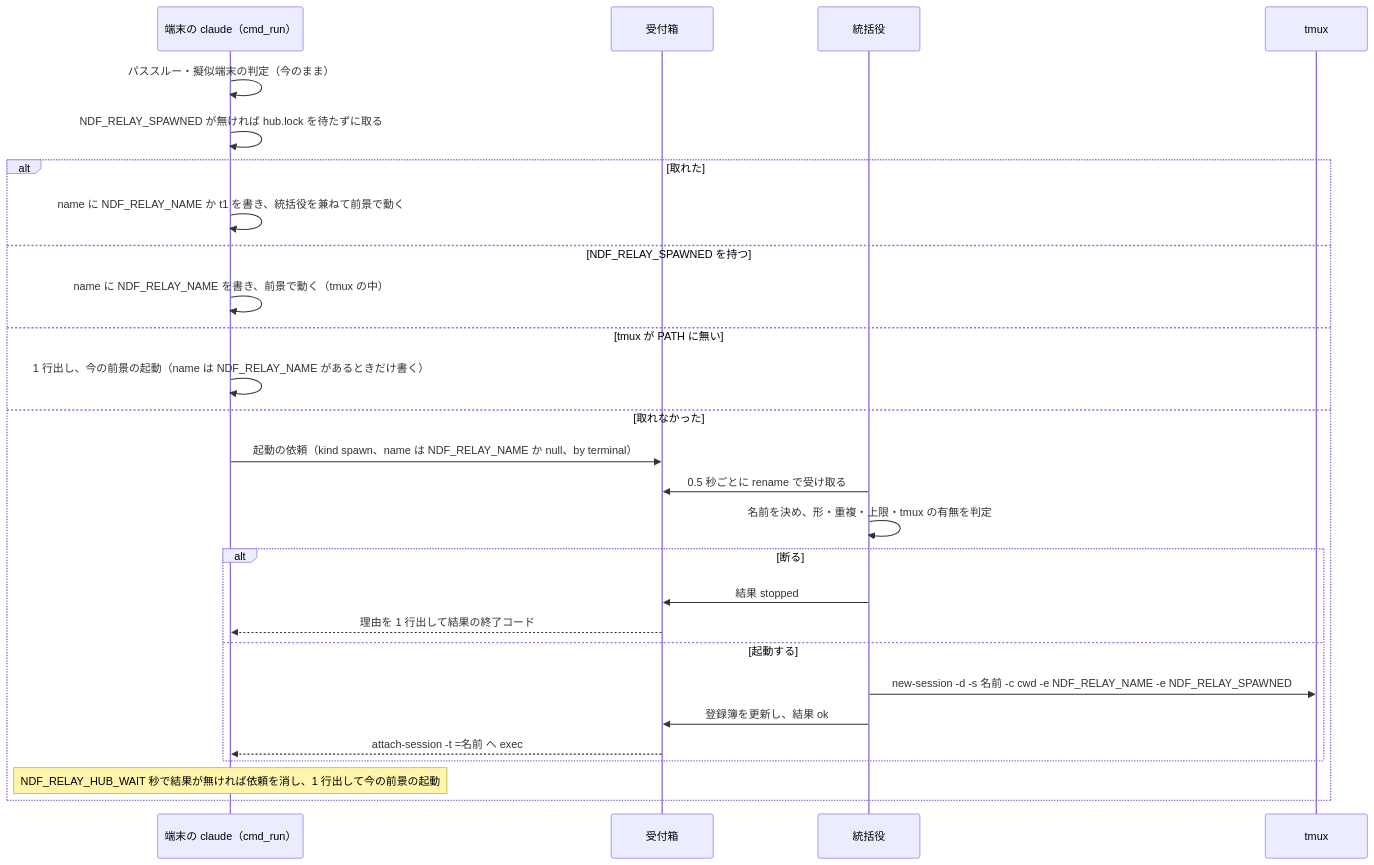
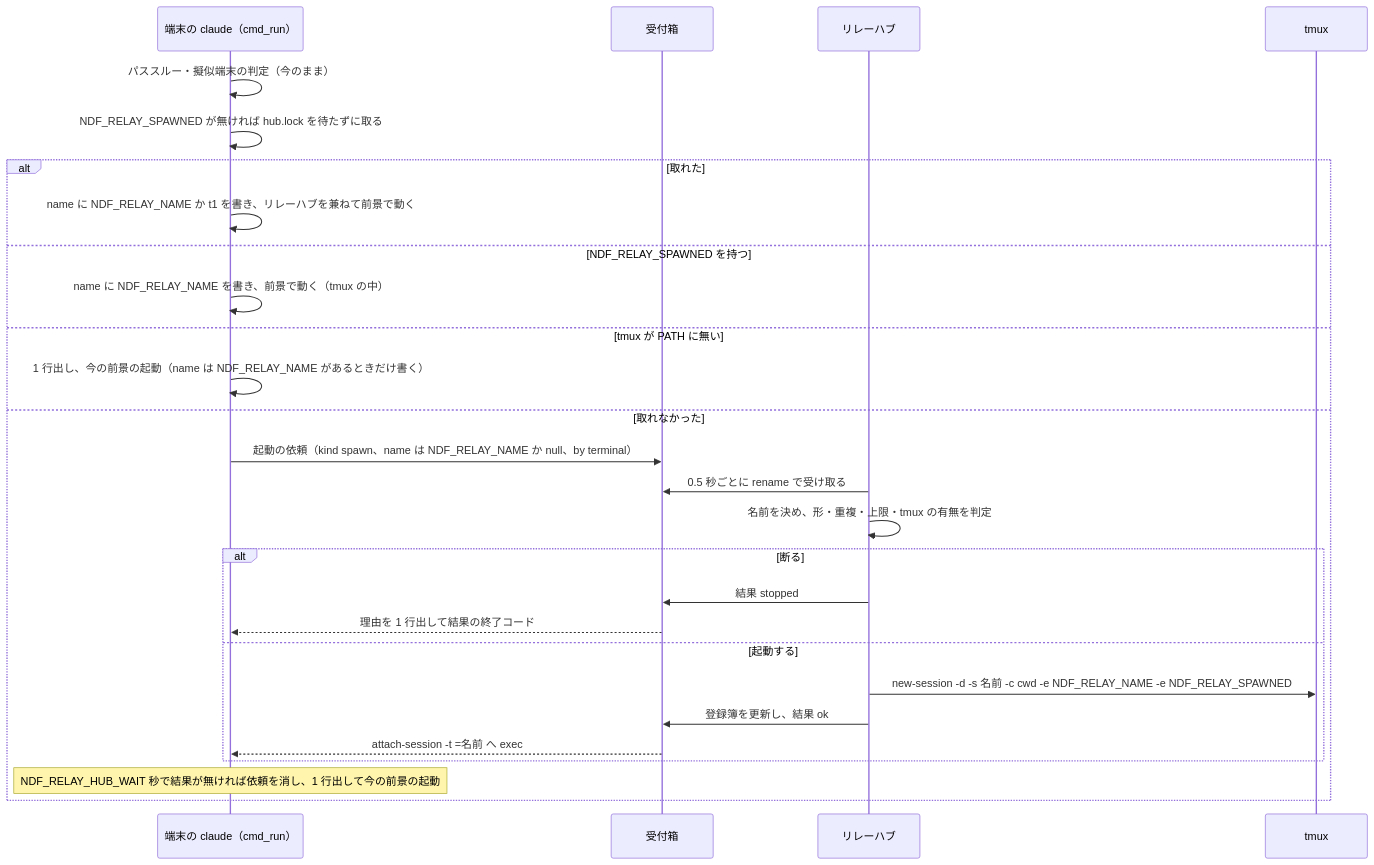
Before and after one commit to devbasex/ai-plugins: the second of 3 diagrams in docs/specifications/ndf-relay-multi-session-supervisor.md, drawn with Mermaid. The commit also changed other lines of this file and 24 other files, not shown here.

````diff
--- a/docs/specifications/ndf-relay-multi-session-supervisor.md
+++ b/docs/specifications/ndf-relay-multi-session-supervisor.md
@@ -142,29 +142,29 @@
 ```mermaid
 sequenceDiagram
     participant T as 端末の claude（cmd_run）
     participant B as 受付箱
-    participant H as 統括役
+    participant H as リレーハブ
     participant X as tmux
     T->>T: パススルー・擬似端末の判定（今のまま）
     T->>T: NDF_RELAY_SPAWNED が無ければ hub.lock を待たずに取る
     alt 取れた
-        T->>T: name に NDF_RELAY_NAME か t1 を書き、統括役を兼ねて前景で動く
+        T->>T: name に NDF_RELAY_NAME か t1 を書き、リレーハブを兼ねて前景で動く
     else NDF_RELAY_SPAWNED を持つ
         T->>T: name に NDF_RELAY_NAME を書き、前景で動く（tmux の中）
     else tmux が PATH に無い
         T->>T: 1 行出し、今の前景の起動（name は NDF_RELAY_NAME があるときだけ書く）
     else 取れなかった
         T->>B: 起動の依頼（kind spawn、name は NDF_RELAY_NAME か null、by terminal）
         H->>B: 0.5 秒ごとに rename で受け取る
         H->>H: 名前を決め、形・重複・上限・tmux の有無を判定
         alt 断る
             H->>B: 結果 stopped
             B-->>T: 理由を 1 行出して結果の終了コード
         else 起動する
             H->>X: new-session -d -s 名前 -c cwd -e NDF_RELAY_NAME -e NDF_RELAY_SPAWNED
             H->>B: 登録簿を更新し、結果 ok
             B-->>T: attach-session -t =名前 へ exec
         end
         Note over T: NDF_RELAY_HUB_WAIT 秒で結果が無ければ依頼を消し、1 行出して今の前景の起動
     end
 ```
````
